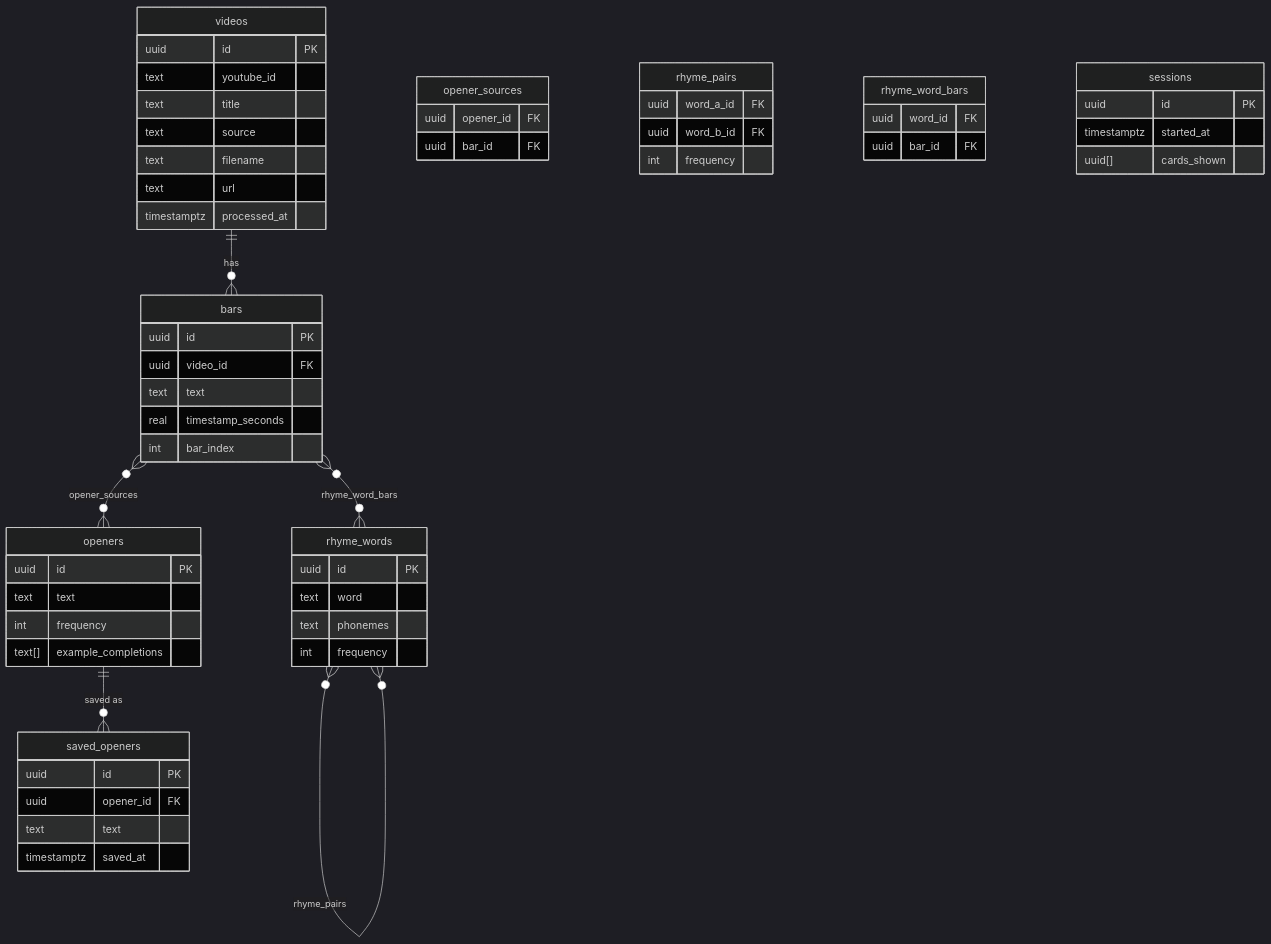
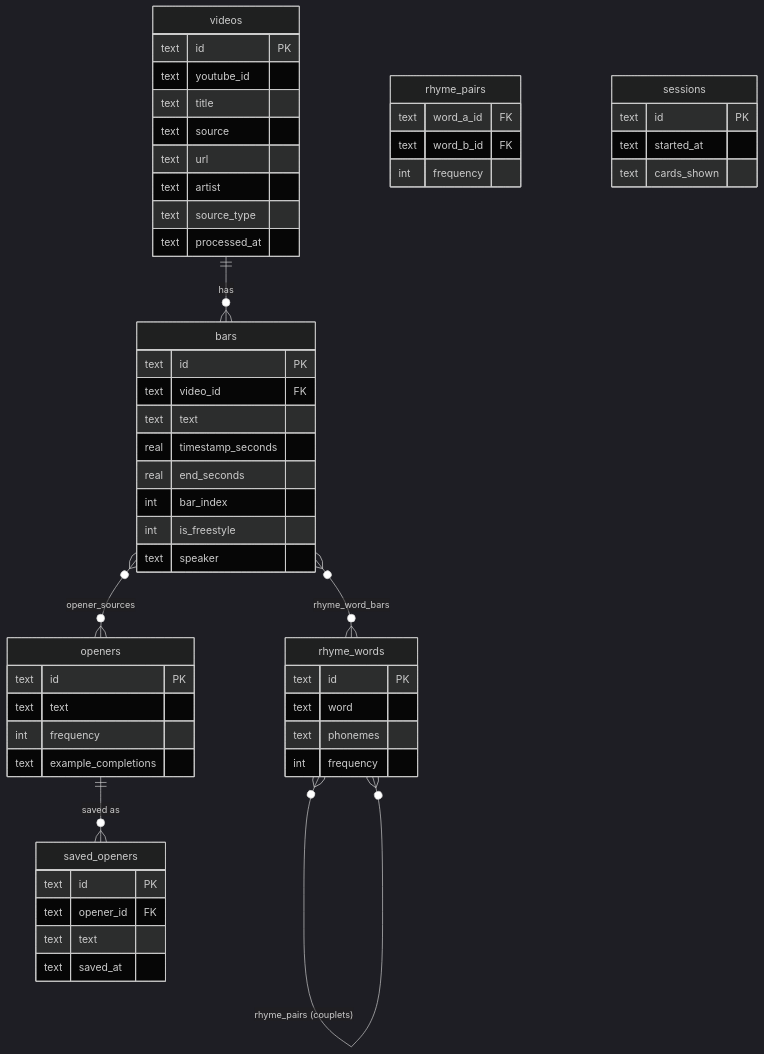
The third of 3 diagrams in README.md (benstrumeyer/harry-mack-freestyle-flashcards), drawn with Mermaid (dark theme) before and after one commit. The commit also changed other lines of this file and 7 other files, not shown here.

````diff
--- a/README.md
+++ b/README.md
@@ -65,61 +68,57 @@
 ```mermaid
 erDiagram
     videos {
-        uuid id PK
+        text id PK
         text youtube_id
         text title
         text source
-        text filename
         text url
-        timestamptz processed_at
+        text artist
+        text source_type
+        text processed_at
     }
     bars {
-        uuid id PK
-        uuid video_id FK
+        text id PK
+        text video_id FK
         text text
         real timestamp_seconds
+        real end_seconds
         int bar_index
+        int is_freestyle
+        text speaker
     }
     openers {
-        uuid id PK
+        text id PK
         text text
         int frequency
-        text[] example_completions
-    }
-    opener_sources {
-        uuid opener_id FK
-        uuid bar_id FK
+        text example_completions
     }
     rhyme_words {
-        uuid id PK
+        text id PK
         text word
         text phonemes
         int frequency
     }
     rhyme_pairs {
-        uuid word_a_id FK
-        uuid word_b_id FK
+        text word_a_id FK
+        text word_b_id FK
         int frequency
     }
-    rhyme_word_bars {
-        uuid word_id FK
-        uuid bar_id FK
+    sessions {
+        text id PK
+        text started_at
+        text cards_shown
     }
     saved_openers {
-        uuid id PK
-        uuid opener_id FK
+        text id PK
+        text opener_id FK
         text text
-        timestamptz saved_at
-    }
-    sessions {
-        uuid id PK
-        timestamptz started_at
-        uuid[] cards_shown
+        text saved_at
     }
 
     videos ||--o{ bars : "has"
     bars }o--o{ openers : "opener_sources"
     bars }o--o{ rhyme_words : "rhyme_word_bars"
-    rhyme_words }o--o{ rhyme_words : "rhyme_pairs"
+    rhyme_words }o--o{ rhyme_words : "rhyme_pairs (couplets)"
     openers ||--o{ saved_openers : "saved as"
 ```
````
